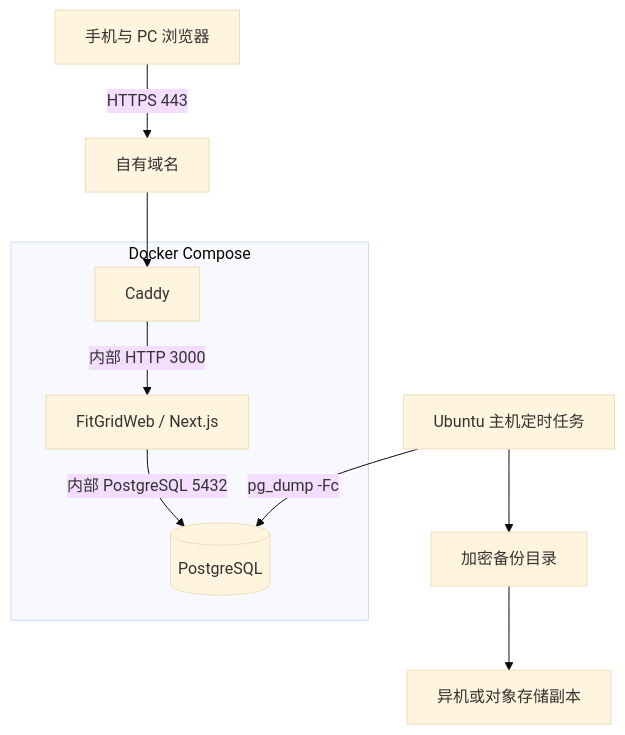
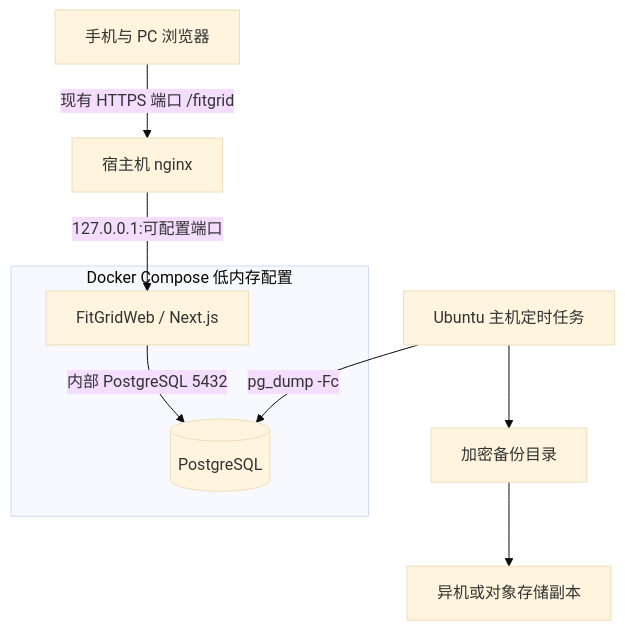
Before and after one commit to zhshy7713950/FitGridWeb: the first of 2 diagrams in docs/fit-replication/07-deployment-and-operations.md, drawn with Mermaid (base theme). The commit also changed other lines of this file and 8 other files, not shown here.

````diff
--- a/docs/fit-replication/07-deployment-and-operations.md
+++ b/docs/fit-replication/07-deployment-and-operations.md
@@ -13,16 +15,14 @@
 ```mermaid
 flowchart TB
-    U[手机与 PC 浏览器] -->|HTTPS 443| DNS[自有域名]
-    DNS --> C[Caddy]
-    C -->|内部 HTTP 3000| A[FitGridWeb / Next.js]
+    U[手机与 PC 浏览器] -->|现有 HTTPS 端口 /fitgrid| N[宿主机 nginx]
+    N -->|127.0.0.1:可配置端口| A[FitGridWeb / Next.js]
     A -->|内部 PostgreSQL 5432| D[(PostgreSQL)]
     H[Ubuntu 主机定时任务] -->|pg_dump -Fc| D
     H --> B[加密备份目录]
     B --> O[异机或对象存储副本]
 
-    subgraph Docker Compose
-      C
+    subgraph Docker Compose 低内存配置
       A
       D
     end
 ```
````
